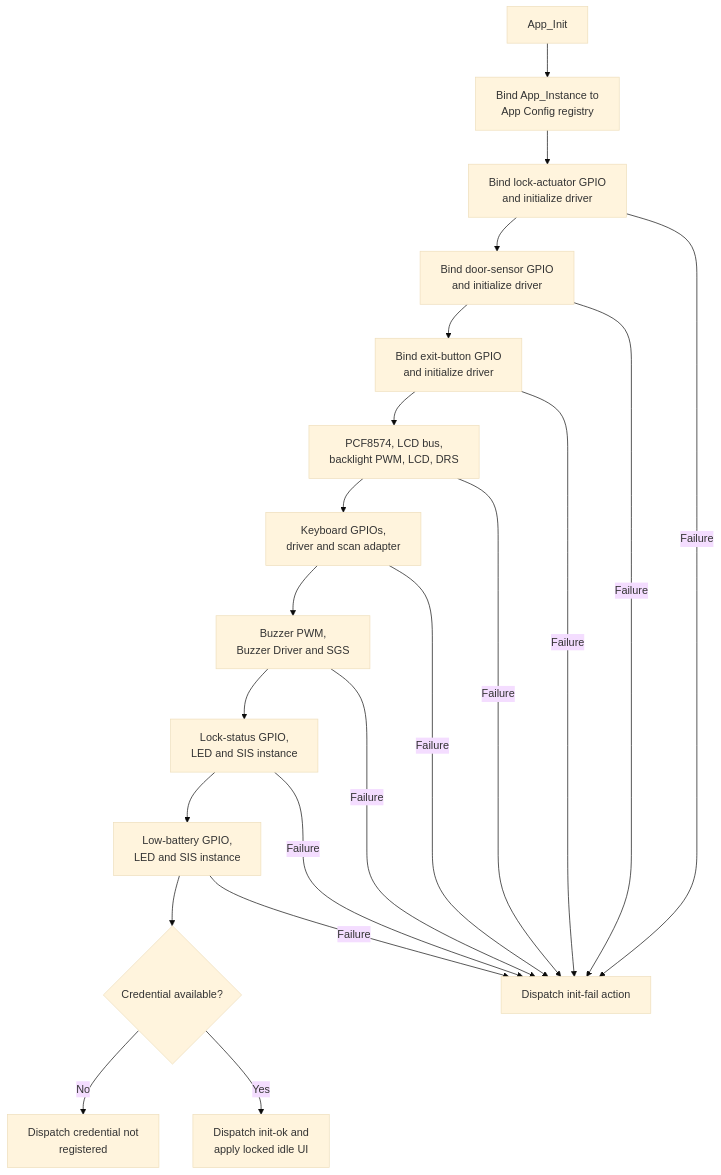
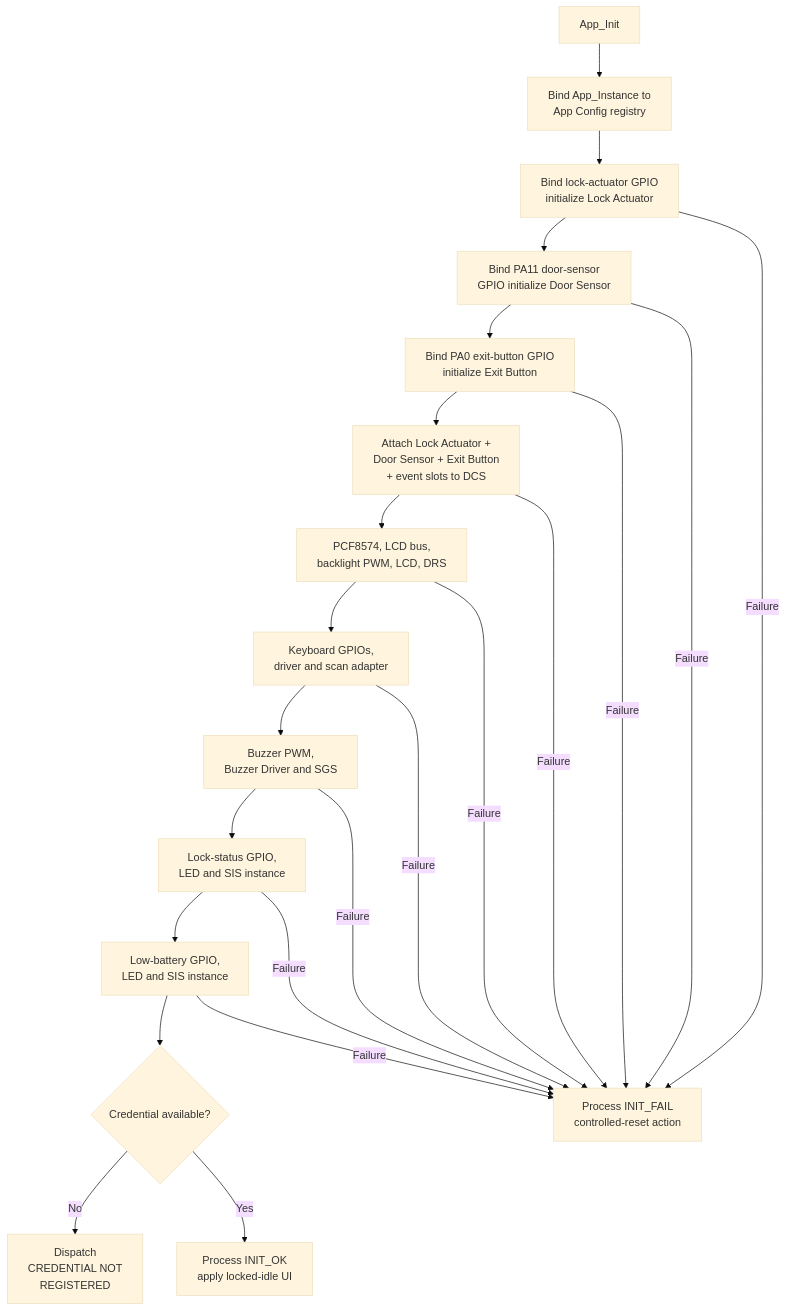
The second of 5 diagrams in App/README.md (JP-REY/STM32F103C8T6-Based-Electronic-Lock), drawn with Mermaid (base theme) before and after one commit. The commit also changed other lines of this file and 2 other files, not shown here.

First line of the commit message:
feature(app): integrate door-aware relock recovery

````diff
--- a/App/README.md
+++ b/App/README.md
@@ -260,23 +384,29 @@
 ```mermaid
 flowchart TD
     START["App_Init"] --> REG["Bind App_Instance to<br/>App Config registry"]
-    REG --> ACT["Bind lock-actuator GPIO<br/>and initialize driver"]
-    ACT --> DOOR["Bind door-sensor GPIO<br/>and initialize driver"]
-    DOOR --> EXIT["Bind exit-button GPIO<br/>and initialize driver"]
-    EXIT --> LCD["PCF8574, LCD bus,<br/>backlight PWM, LCD, DRS"]
+
+    REG --> ACT["Bind lock-actuator GPIO<br/>initialize Lock Actuator"]
+    ACT --> DOOR["Bind PA11 door-sensor <br/>GPIO initialize Door Sensor"]
+    DOOR --> EXIT["Bind PA0 exit-button GPIO<br/>initialize Exit Button"]
+    EXIT --> DCS["Attach Lock Actuator +<br/>Door Sensor + Exit Button<br/>+ event slots to DCS"]
+
+    DCS --> LCD["PCF8574, LCD bus,<br/>backlight PWM, LCD, DRS"]
     LCD --> KEY["Keyboard GPIOs,<br/>driver and scan adapter"]
     KEY --> BUZ["Buzzer PWM,<br/>Buzzer Driver and SGS"]
     BUZ --> LOCKLED["Lock-status GPIO,<br/>LED and SIS instance"]
     LOCKLED --> BATLED["Low-battery GPIO,<br/>LED and SIS instance"]
+
     BATLED --> CSS{"Credential available?"}
-    CSS -->|No| FIRST["Dispatch credential not<br/>registered"]
-    CSS -->|Yes| READY["Dispatch init-ok and<br/>apply locked idle UI"]
-    ACT -->|Failure| FAIL["Dispatch init-fail action"]
+    CSS -->|"No"| FIRST["Dispatch<br/>CREDENTIAL NOT<br/>REGISTERED"]
+    CSS -->|"Yes"| READY["Process INIT_OK<br/>apply locked-idle UI"]
+
+    ACT -->|Failure| FAIL["Process INIT_FAIL<br/>controlled-reset action"]
     DOOR -->|Failure| FAIL
     EXIT -->|Failure| FAIL
+    DCS -->|Failure| FAIL
     LCD -->|Failure| FAIL
     KEY -->|Failure| FAIL
     BUZ -->|Failure| FAIL
     LOCKLED -->|Failure| FAIL
     BATLED -->|Failure| FAIL
 ```
````
